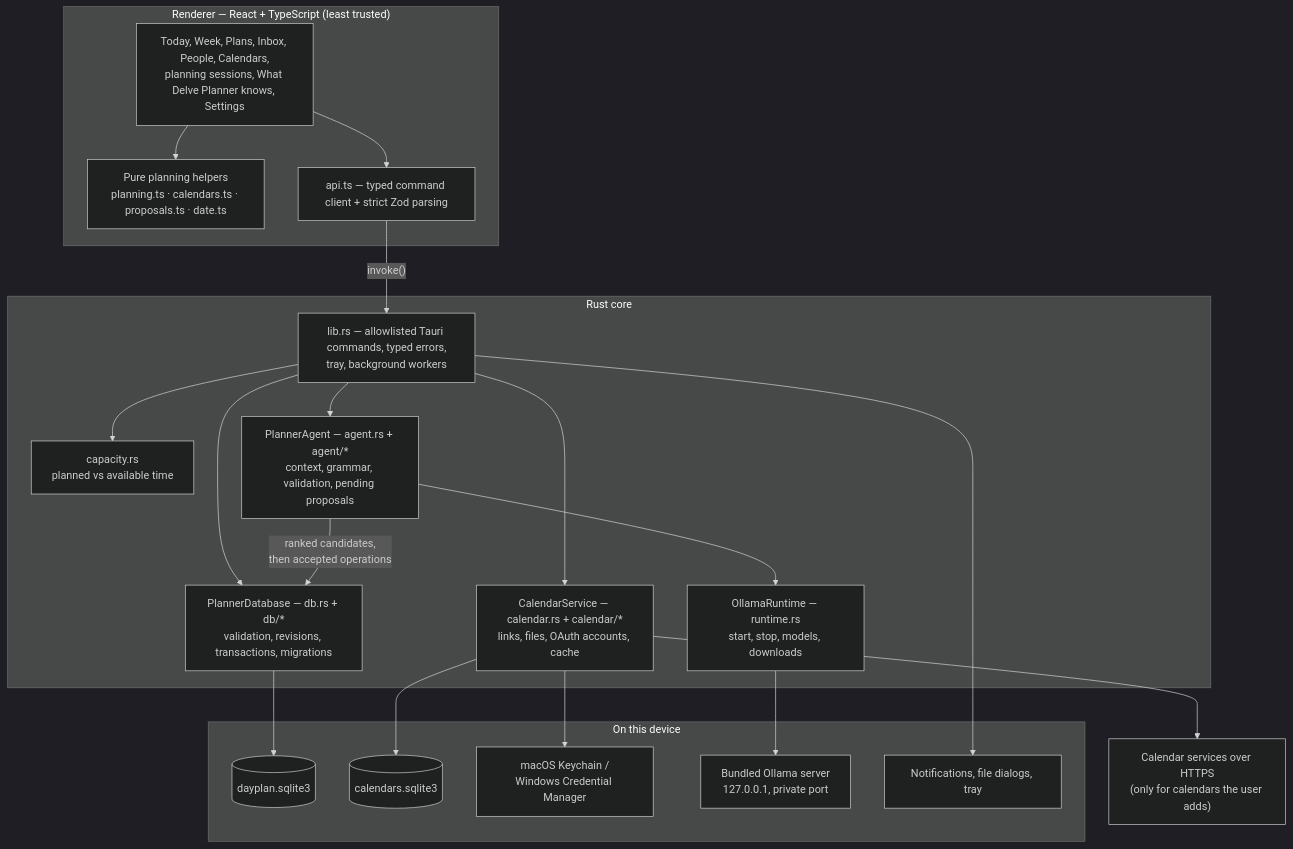
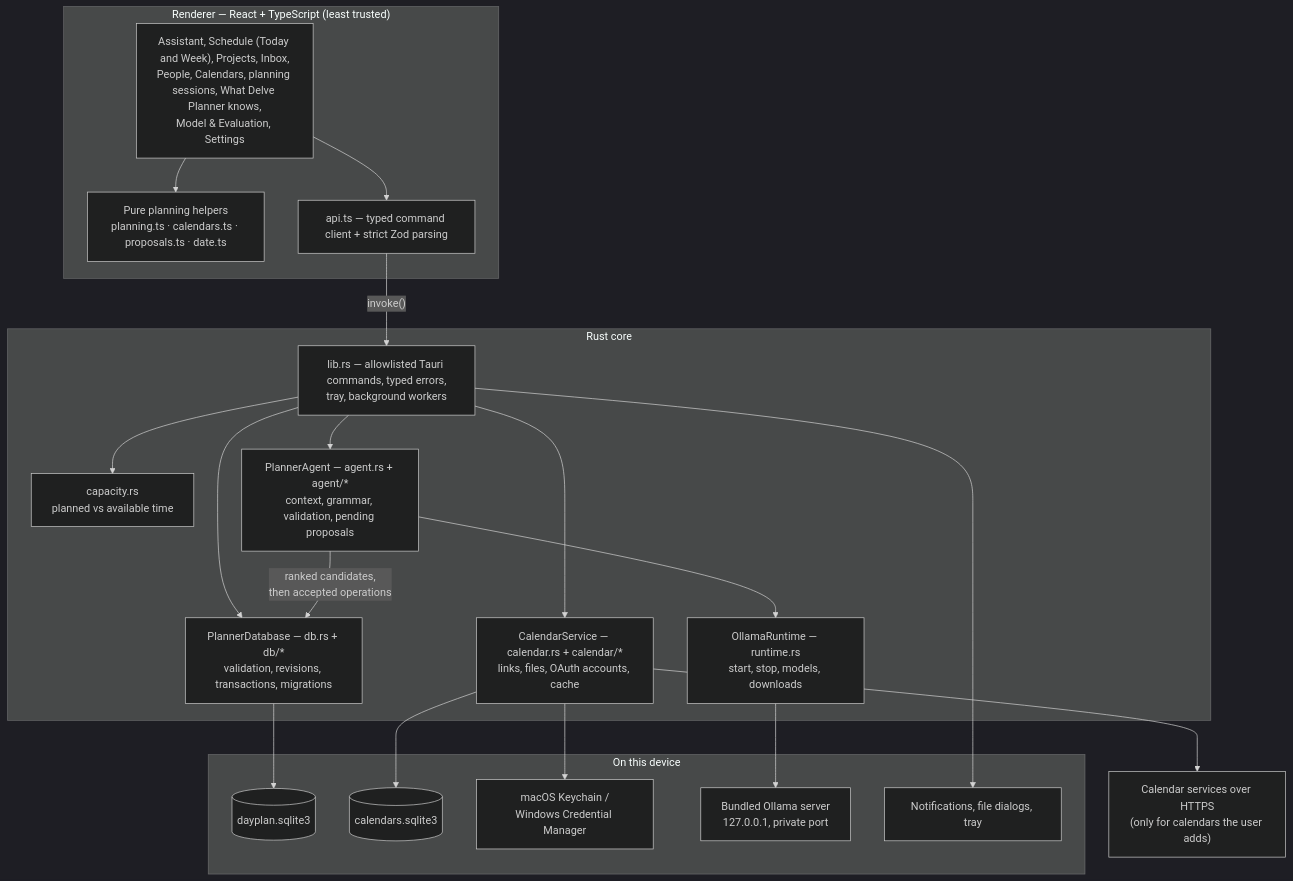
Before and after one commit to Von-Van/DelvePlanner: the diagram in docs/architecture.md, drawn with Mermaid (dark theme). The commit also changed other lines of this file and 72 other files, not shown here.

````diff
--- a/docs/architecture.md
+++ b/docs/architecture.md
@@ -7,41 +7,41 @@
 ```mermaid
 flowchart TB
   subgraph renderer["Renderer — React + TypeScript (least trusted)"]
-    Views["Today, Week, Plans, Inbox, People, Calendars,<br/>planning sessions, What Delve Planner knows, Settings"]
+    Views["Assistant, Schedule (Today and Week), Projects, Inbox,<br/>People, Calendars, planning sessions, What Delve Planner knows,<br/>Model & Evaluation, Settings"]
     Pure["Pure planning helpers<br/>planning.ts · calendars.ts · proposals.ts · date.ts"]
     Client["api.ts — typed command client + strict Zod parsing"]
   end
 
   subgraph core["Rust core"]
     Commands["lib.rs — allowlisted Tauri commands, typed errors,<br/>tray, background workers"]
     Repo["PlannerDatabase — db.rs + db/*<br/>validation, revisions, transactions, migrations"]
     Capacity["capacity.rs<br/>planned vs available time"]
     Calendars["CalendarService — calendar.rs + calendar/*<br/>links, files, OAuth accounts, cache"]
     Agent["PlannerAgent — agent.rs + agent/*<br/>context, grammar, validation, pending proposals"]
     Runtime["OllamaRuntime — runtime.rs<br/>start, stop, models, downloads"]
   end
 
   subgraph local["On this device"]
     PlannerDB[("dayplan.sqlite3")]
     CalendarDB[("calendars.sqlite3")]
     Keychain["macOS Keychain /<br/>Windows Credential Manager"]
     Ollama["Bundled Ollama server<br/>127.0.0.1, private port"]
     OS["Notifications, file dialogs, tray"]
   end
 
   Remote["Calendar services over HTTPS<br/>(only for calendars the user adds)"]
 
   Views --> Pure
   Views --> Client
   Client -- "invoke()" --> Commands
   Commands --> Repo --> PlannerDB
   Commands --> Capacity
   Commands --> Calendars
   Calendars --> CalendarDB
   Calendars --> Keychain
   Calendars --> Remote
   Commands --> Agent
   Agent -- "ranked candidates,<br/>then accepted operations" --> Repo
   Agent --> Runtime --> Ollama
   Commands --> OS
 ```
````
